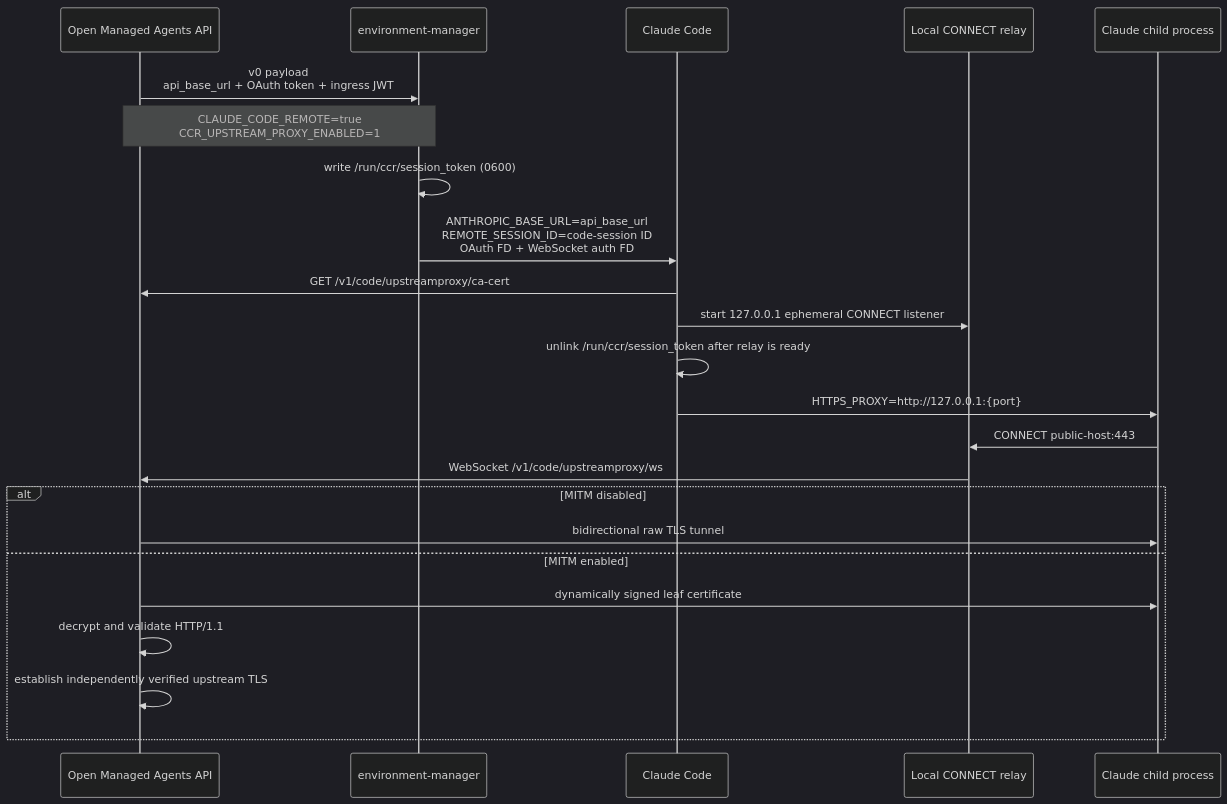
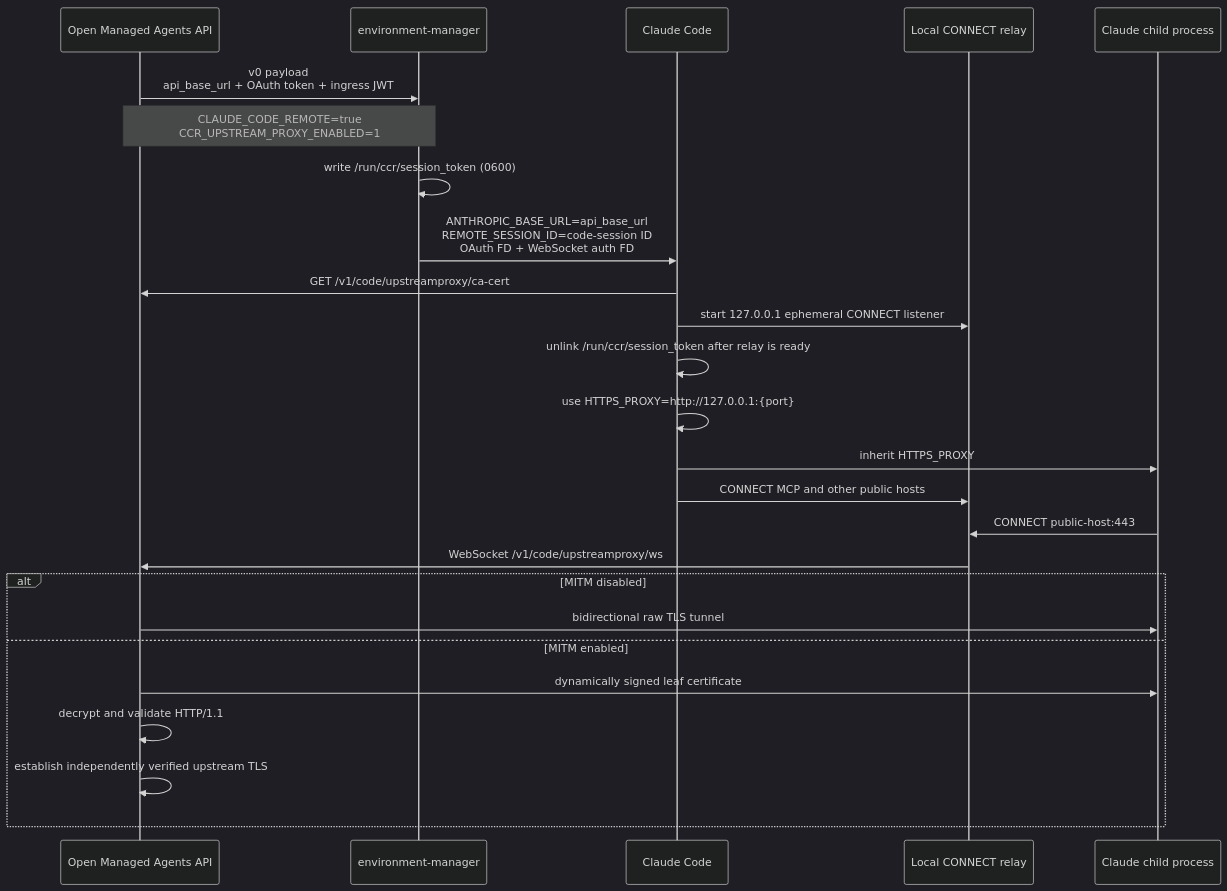
The first of 2 diagrams in docs/design/be/ccrv2/upstream-proxy-and-model-runtime.md (Postroggy/open-managed-agents), drawn with Mermaid (dark theme) before and after one commit. The commit also changed other lines of this file and 4 other files, not shown here.

````diff
--- a/docs/design/be/ccrv2/upstream-proxy-and-model-runtime.md
+++ b/docs/design/be/ccrv2/upstream-proxy-and-model-runtime.md
@@ -29,26 +29,28 @@
 ```mermaid
 sequenceDiagram
     participant API as Open Managed Agents API
     participant EM as environment-manager
     participant Claude as Claude Code
     participant Relay as Local CONNECT relay
     participant Child as Claude child process
 
     API->>EM: v0 payload<br/>api_base_url + OAuth token + ingress JWT
     Note over API,EM: CLAUDE_CODE_REMOTE=true<br/>CCR_UPSTREAM_PROXY_ENABLED=1
     EM->>EM: write /run/ccr/session_token (0600)
     EM->>Claude: ANTHROPIC_BASE_URL=api_base_url<br/>REMOTE_SESSION_ID=code-session ID<br/>OAuth FD + WebSocket auth FD
     Claude->>API: GET /v1/code/upstreamproxy/ca-cert
     Claude->>Relay: start 127.0.0.1 ephemeral CONNECT listener
     Claude->>Claude: unlink /run/ccr/session_token after relay is ready
-    Claude->>Child: HTTPS_PROXY=http://127.0.0.1:{port}
+    Claude->>Claude: use HTTPS_PROXY=http://127.0.0.1:{port}
+    Claude->>Child: inherit HTTPS_PROXY
+    Claude->>Relay: CONNECT MCP and other public hosts
     Child->>Relay: CONNECT public-host:443
     Relay->>API: WebSocket /v1/code/upstreamproxy/ws
     alt MITM disabled
         API->>Child: bidirectional raw TLS tunnel
     else MITM enabled
         API->>Child: dynamically signed leaf certificate
         API->>API: decrypt and validate HTTP/1.1
         API->>API: establish independently verified upstream TLS
     end
 ```
````
